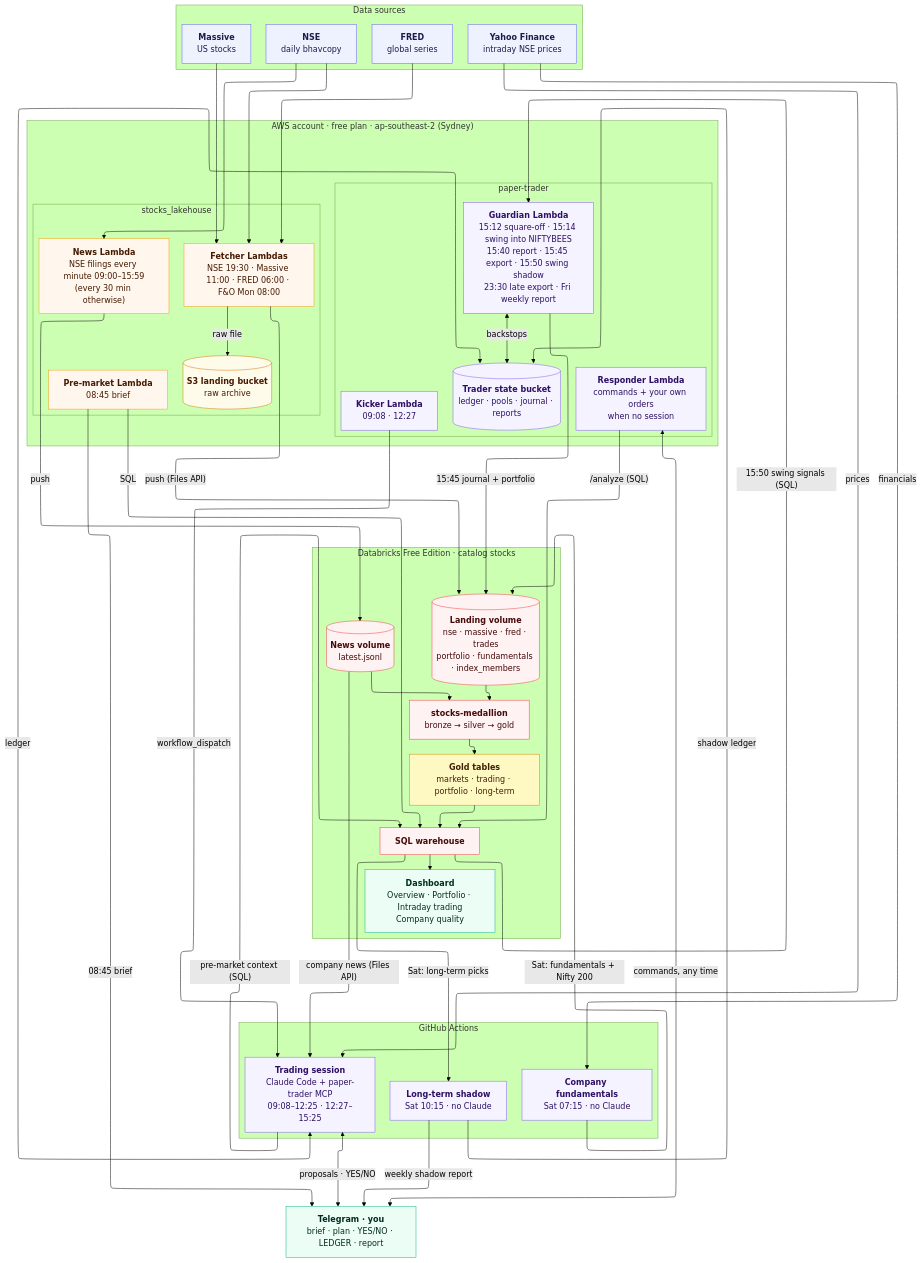
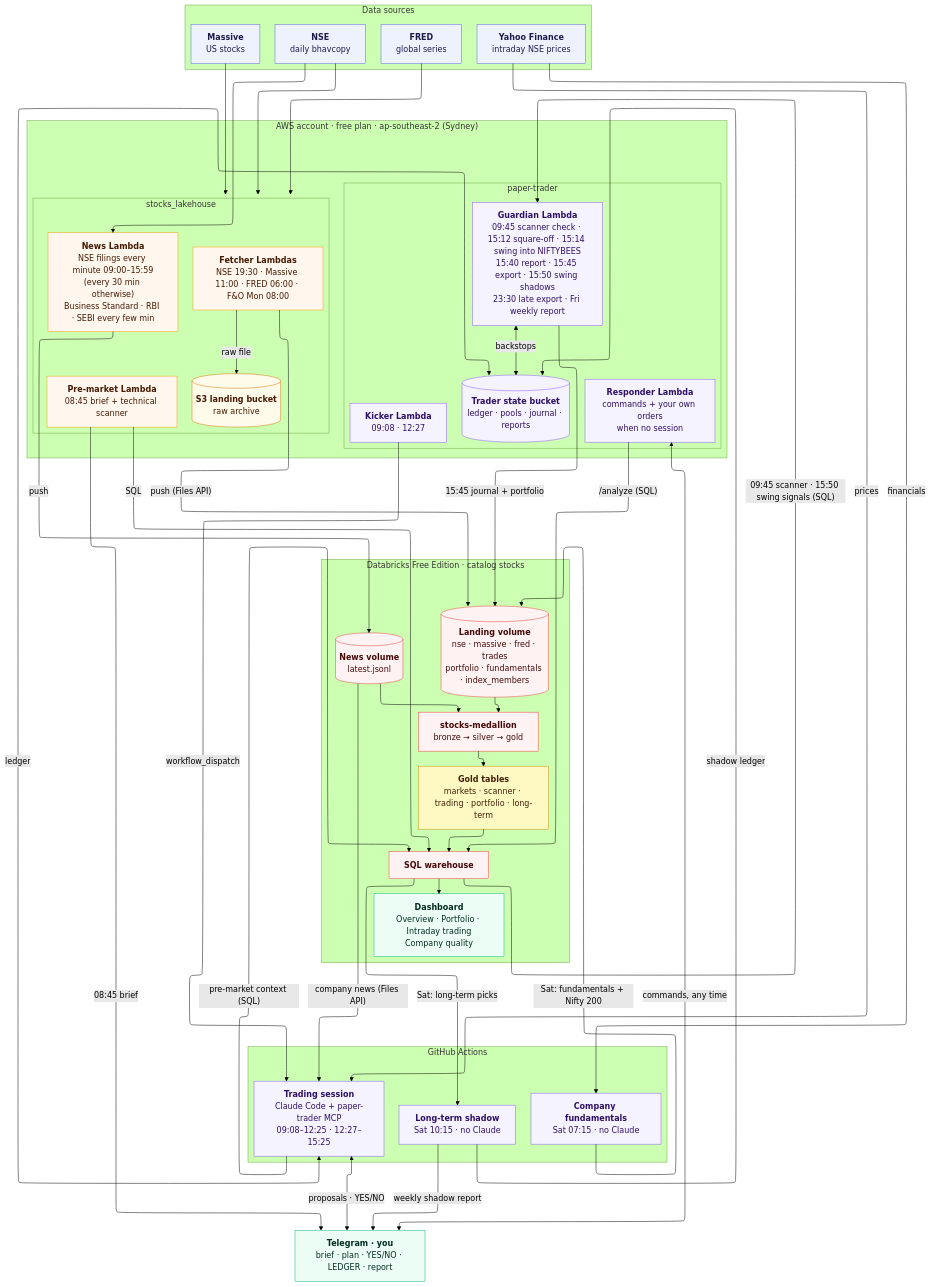
The diagram in docs/diagrams/05_platform.mmd (bumblebee26/stocks_lakehouse), drawn with Mermaid (forest theme) before and after one commit. The commit also changed 15 other files, not shown here.

First line of the commit message:
Docs: scanner tables, delivery and F&O fetchers, news sources, freshness messages in lineage, data model, troubleshooting, diagrams (#44)

```diff
--- a/docs/diagrams/05_platform.mmd
+++ b/docs/diagrams/05_platform.mmd
@@ -1,96 +1,96 @@
 ---
 config:
   layout: elk
   elk:
     mergeEdges: false
     nodePlacementStrategy: NETWORK_SIMPLEX
 ---
 %% Shared platform view: stocks_lakehouse + paper-trader.
 %% The same file lives in bumblebee26/paper-trader as docs/diagrams/01_platform.mmd; keep them identical.
 %% Secrets (SSM) and deployments (CI/CD) are left out on purpose: see 04_cicd and the security tables.
 flowchart TB
     subgraph SRC["Data sources"]
         direction LR
         NSE["<b>NSE</b><br/>daily bhavcopy"]
         MAS["<b>Massive</b><br/>US stocks"]
         FRED["<b>FRED</b><br/>global series"]
         YF["<b>Yahoo Finance</b><br/>intraday NSE prices"]
     end
 
     subgraph AWS["AWS account · free plan · ap-southeast-2 (Sydney)"]
         direction LR
         subgraph LHA["stocks_lakehouse"]
             direction TB
             FET["<b>Fetcher Lambdas</b><br/>NSE 19:30 · Massive 11:00 · FRED 06:00 · F&amp;O Mon 08:00"]
             S3L[("<b>S3 landing bucket</b><br/>raw archive")]
-            PM["<b>Pre-market Lambda</b><br/>08:45 brief"]
-            NEWS["<b>News Lambda</b><br/>NSE filings every minute 09:00–15:59<br/>(every 30 min otherwise)"]
+            PM["<b>Pre-market Lambda</b><br/>08:45 brief + technical scanner"]
+            NEWS["<b>News Lambda</b><br/>NSE filings every minute 09:00–15:59<br/>(every 30 min otherwise)<br/>Business Standard · RBI · SEBI every few min"]
         end
         subgraph PTA["paper-trader"]
             direction TB
             KICK["<b>Kicker Lambda</b><br/>09:08 · 12:27"]
-            GUARD["<b>Guardian Lambda</b><br/>15:12 square-off · 15:14 swing into NIFTYBEES<br/>15:40 report · 15:45 export · 15:50 swing shadow<br/>23:30 late export · Fri weekly report"]
+            GUARD["<b>Guardian Lambda</b><br/>09:45 scanner check · 15:12 square-off · 15:14 swing into NIFTYBEES<br/>15:40 report · 15:45 export · 15:50 swing shadows<br/>23:30 late export · Fri weekly report"]
             S3T[("<b>Trader state bucket</b><br/>ledger · pools · journal · reports")]
             RESP["<b>Responder Lambda</b><br/>commands + your own orders<br/>when no session"]
         end
     end
 
     subgraph GHA["GitHub Actions"]
         direction TB
         SESS["<b>Trading session</b><br/>Claude Code + paper-trader MCP<br/>09:08–12:25 · 12:27–15:25"]
         FUND["<b>Company fundamentals</b><br/>Sat 07:15 · no Claude"]
         SHAD["<b>Long-term shadow</b><br/>Sat 10:15 · no Claude"]
     end
 
     subgraph DBX["Databricks Free Edition · catalog stocks"]
         direction TB
         VOL[("<b>Landing volume</b><br/>nse · massive · fred · trades<br/>portfolio · fundamentals · index_members")]
         NVOL[("<b>News volume</b><br/>latest.jsonl")]
         PIPE["<b>stocks-medallion</b><br/>bronze → silver → gold"]
-        GOLD["<b>Gold tables</b><br/>markets · trading · portfolio · long-term"]
+        GOLD["<b>Gold tables</b><br/>markets · scanner · trading · portfolio · long-term"]
         WH["<b>SQL warehouse</b>"]
         DASH["<b>Dashboard</b><br/>Overview · Portfolio · Intraday trading<br/>Company quality"]
         VOL --> PIPE --> GOLD --> WH --> DASH
         NVOL --> PIPE
     end
 
     TG["<b>Telegram · you</b><br/>brief · plan · YES/NO · LEDGER · report"]
 
     NSE & MAS & FRED --> FET
     FET -- "raw file" --> S3L
     FET -- "push (Files API)" --> VOL
     NSE --> NEWS
     NEWS -- "push" --> NVOL
     PM -- "SQL" --> WH
     PM -- "08:45 brief" --> TG
     KICK -- "workflow_dispatch" --> SESS
     SESS -- "pre-market context (SQL)" --> WH
     YF -- "prices" --> SESS
     NVOL -- "company news (Files API)" --> SESS
     YF -- "financials" --> FUND
     FUND -- "Sat: fundamentals + Nifty 200" --> VOL
     WH -- "Sat: long-term picks" --> SHAD
     SHAD -- "shadow ledger" --> S3T
     SHAD -- "weekly shadow report" --> TG
     SESS <-- "ledger" --> S3T
     SESS <-- "proposals · YES/NO" --> TG
     GUARD <-- "backstops" --> S3T
     GUARD -- "15:45 journal + portfolio" --> VOL
-    WH -- "15:50 swing signals (SQL)" --> GUARD
+    WH -- "09:45 scanner · 15:50 swing signals (SQL)" --> GUARD
     RESP <-- "commands, any time" --> TG
     RESP -- "/analyze (SQL)" --> WH
 
     classDef ext fill:#eef2ff,stroke:#6366f1,color:#1e1b4b
     classDef aws fill:#fff7ed,stroke:#f59e0b,color:#451a03
     classDef store fill:#fffbeb,stroke:#d97706,color:#451a03
     classDef trader fill:#f5f3ff,stroke:#8b5cf6,color:#2e1065
     classDef dbx fill:#fef2f2,stroke:#ef4444,color:#450a0a
     classDef gold fill:#fef9c3,stroke:#ca8a04,color:#422006
     classDef out fill:#ecfdf5,stroke:#10b981,color:#022c22
     class NSE,MAS,FRED,YF ext
     class FET,PM,NEWS aws
     class S3L store
     class KICK,GUARD,S3T,SESS,RESP,FUND,SHAD trader
     class VOL,NVOL,PIPE,WH dbx
     class GOLD gold
     class DASH,TG out
```
